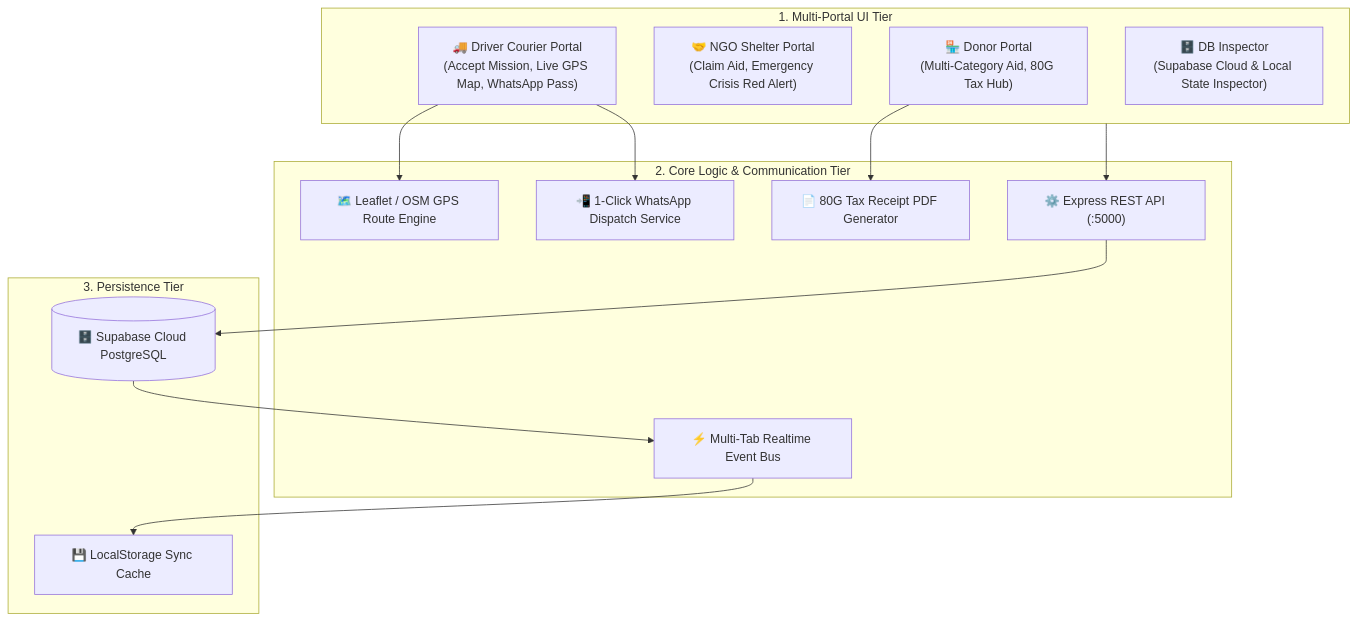
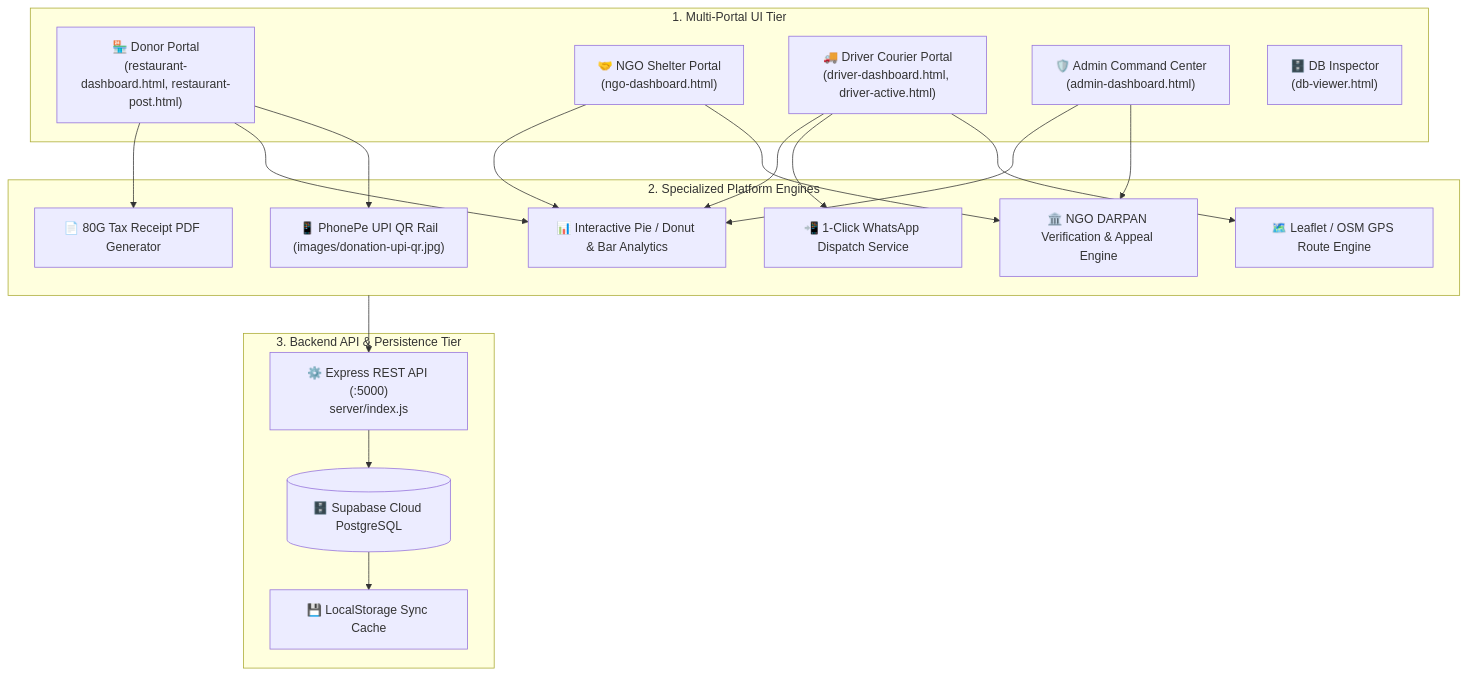
One commit to sachinjatavat/Shelter changed the diagram in README.md. Above: the diagram before and after it, drawn with Mermaid. The commit also changed other lines of this file and 4 other files, not shown here.

Commit message:
feat: integrate PhonePe UPI QR code donation modal, quick donate actions, and update comprehensive README documentation

````diff
--- a/README.md
+++ b/README.md
@@ -125,30 +150,39 @@
 ```mermaid
 flowchart TD
     subgraph FRONTEND["1. Multi-Portal UI Tier"]
-        R["🏪 Donor Portal<br/>(Multi-Category Aid, 80G Tax Hub)"]
-        N["🤝 NGO Shelter Portal<br/>(Claim Aid, Emergency Crisis Red Alert)"]
-        D["🚚 Driver Courier Portal<br/>(Accept Mission, Live GPS Map, WhatsApp Pass)"]
-        DBV["🗄️ DB Inspector<br/>(Supabase Cloud & Local State Inspector)"]
+        R["🏪 Donor Portal<br/>(restaurant-dashboard.html, restaurant-post.html)"]
+        N["🤝 NGO Shelter Portal<br/>(ngo-dashboard.html)"]
+        D["🚚 Driver Courier Portal<br/>(driver-dashboard.html, driver-active.html)"]
+        A["🛡️ Admin Command Center<br/>(admin-dashboard.html)"]
+        DBV["🗄️ DB Inspector<br/>(db-viewer.html)"]
     end
 
-    subgraph BACKEND["2. Core Logic & Communication Tier"]
+    subgraph ENGINES["2. Specialized Platform Engines"]
+        UPI["📱 PhonePe UPI QR Rail<br/>(images/donation-upi-qr.jpg)"]
+        CHARTS["📊 Interactive Pie / Donut & Bar Analytics"]
         MAPS["🗺️ Leaflet / OSM GPS Route Engine"]
         WA["📲 1-Click WhatsApp Dispatch Service"]
         PDF["📄 80G Tax Receipt PDF Generator"]
-        SYNC["⚡ Multi-Tab Realtime Event Bus"]
-        API["⚙️ Express REST API (:5000)"]
+        DARPAN["🏛️ NGO DARPAN Verification & Appeal Engine"]
     end
 
-    subgraph DATABASE["3. Persistence Tier"]
+    subgraph BACKEND["3. Backend API & Persistence Tier"]
+        API["⚙️ Express REST API (:5000)<br/>server/index.js"]
         DB[(🗄️ Supabase Cloud PostgreSQL)]
         LS["💾 LocalStorage Sync Cache"]
     end
 
-    FRONTEND --> API
-    API --> DB
-    DB --> SYNC
-    SYNC --> LS
+    R --> UPI
+    R --> CHARTS
     R --> PDF
+    N --> DARPAN
+    N --> CHARTS
     D --> MAPS
     D --> WA
+    D --> CHARTS
+    A --> DARPAN
+    A --> CHARTS
+    ENGINES --> API
+    API --> DB
+    DB --> LS
 ```
````
